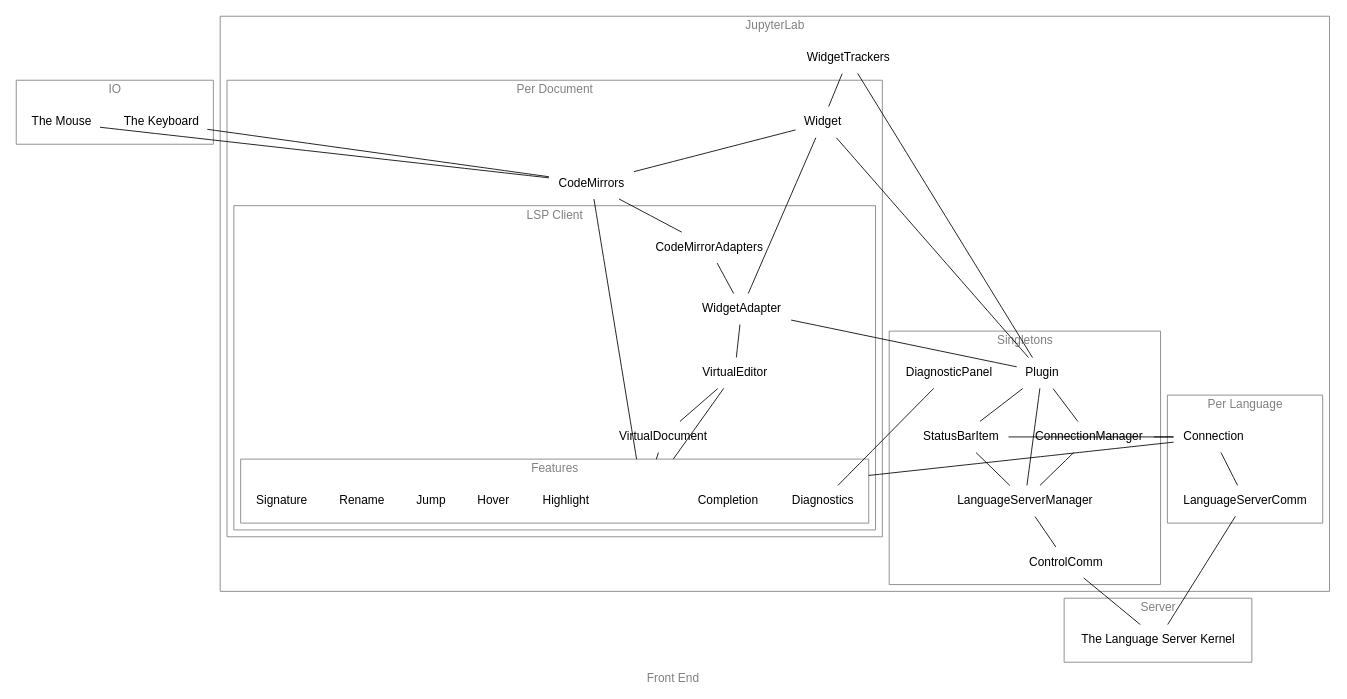
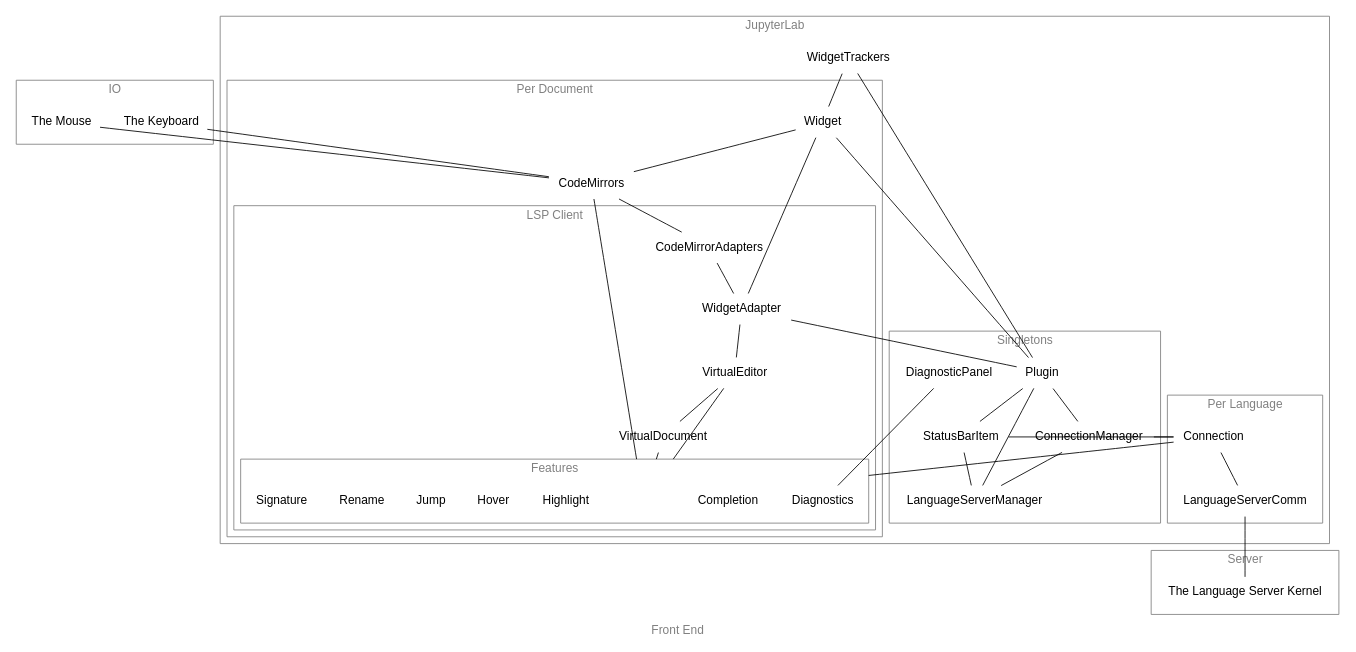
Before and after one commit to jupyter-lsp/jupyterlab-lsp: the diagram in docs/dot/as-is/frontend.dot, drawn with Graphviz. The commit also changed 2 other files, not shown here.

Commit message:
some more cleanup on architecture diagrams

```diff
--- a/docs/dot/as-is/frontend.dot
+++ b/docs/dot/as-is/frontend.dot
@@ -1,66 +1,65 @@
 graph backend {
     label="Front End"
     splines="line"
     compound=true
     fontname="sans-serif" fontcolor=grey
     node[shape=none fontname="sans-serif"]
     edge[fontname="sans-serif"]
     graph[fontcolor=grey color=grey]
 
     subgraph cluster_io { label="IO"
         Keyboard[label="The Keyboard"]
         Mouse[label="The Mouse"]
     }
     subgraph cluster_server { label="Server"
         LanguageServerKernel[label="The Language Server Kernel"]
     }
     subgraph cluster_lab { label="JupyterLab"
         subgraph cluster_singletons { label="Singletons"
             Plugin
             StatusBarItem
             DiagnosticPanel
             ConnectionManager
             LanguageServerManager
-            ControlComm
         }
         WidgetTrackers
 
         subgraph cluster_lang {label="Per Language"
             Connection
             LanguageServerComm
         }
         subgraph cluster_doc { label="Per Document"
             Widget
             CodeMirrors
             subgraph cluster_doc_lsp { label="LSP Client"
                 WidgetAdapter
                 VirtualEditor
                 VirtualDocument
                 CodeMirrorAdapters
                 subgraph cluster_features { label="Features"
                     Feature[style=invisible]
                     Completion
                     Diagnostics
                     Highlight
                     Hover
                     Jump
                     Rename
                     Signature
                 }
             }
         }
     }
 
     {Connection CodeMirrors VirtualDocument VirtualEditor} -- Feature[lhead=cluster_features];
     Diagnostics -- DiagnosticPanel
-    Connection -- ConnectionManager -- LanguageServerManager -- ControlComm -- LanguageServerKernel
+    Connection -- ConnectionManager -- LanguageServerManager
     CodeMirrors -- CodeMirrorAdapters -- WidgetAdapter
     WidgetAdapter -- VirtualEditor -- VirtualDocument
     WidgetTrackers -- {Plugin -- Widget}
     StatusBarItem -- Connection
     Widget -- WidgetAdapter -- Plugin -- StatusBarItem -- LanguageServerManager
     Widget -- CodeMirrors
     Plugin -- {ConnectionManager LanguageServerManager}
     Connection -- LanguageServerComm -- LanguageServerKernel
     {Keyboard Mouse} -- CodeMirrors
 }
```
